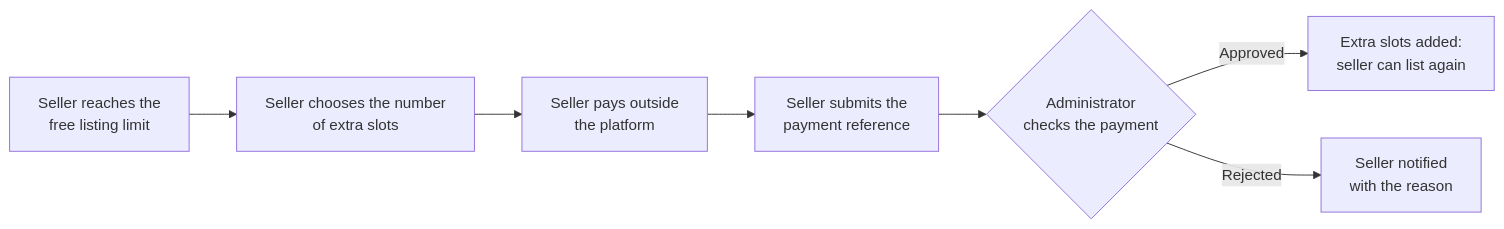
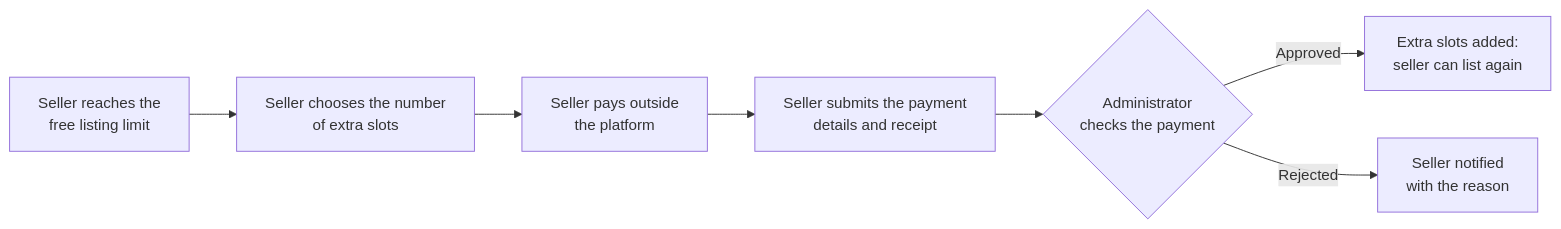
One commit to maliha-shazad/PickingPrice changed the fifth of 7 diagrams in docs/ANALYSIS_MODELS.md. Above: the diagram before and after it, drawn with Mermaid. The commit also changed other lines of this file and 62 other files, not shown here.

````diff
--- a/docs/ANALYSIS_MODELS.md
+++ b/docs/ANALYSIS_MODELS.md
@@ -85,9 +88,9 @@
 ```mermaid
 flowchart LR
   A[Seller reaches the<br/>free listing limit] --> B[Seller chooses the number<br/>of extra slots]
   B --> C[Seller pays outside<br/>the platform]
-  C --> D[Seller submits the<br/>payment reference]
+  C --> D[Seller submits the payment<br/>details and receipt]
   D --> E{Administrator<br/>checks the payment}
   E -- Approved --> F[Extra slots added:<br/>seller can list again]
   E -- Rejected --> G[Seller notified<br/>with the reason]
 ```
````
